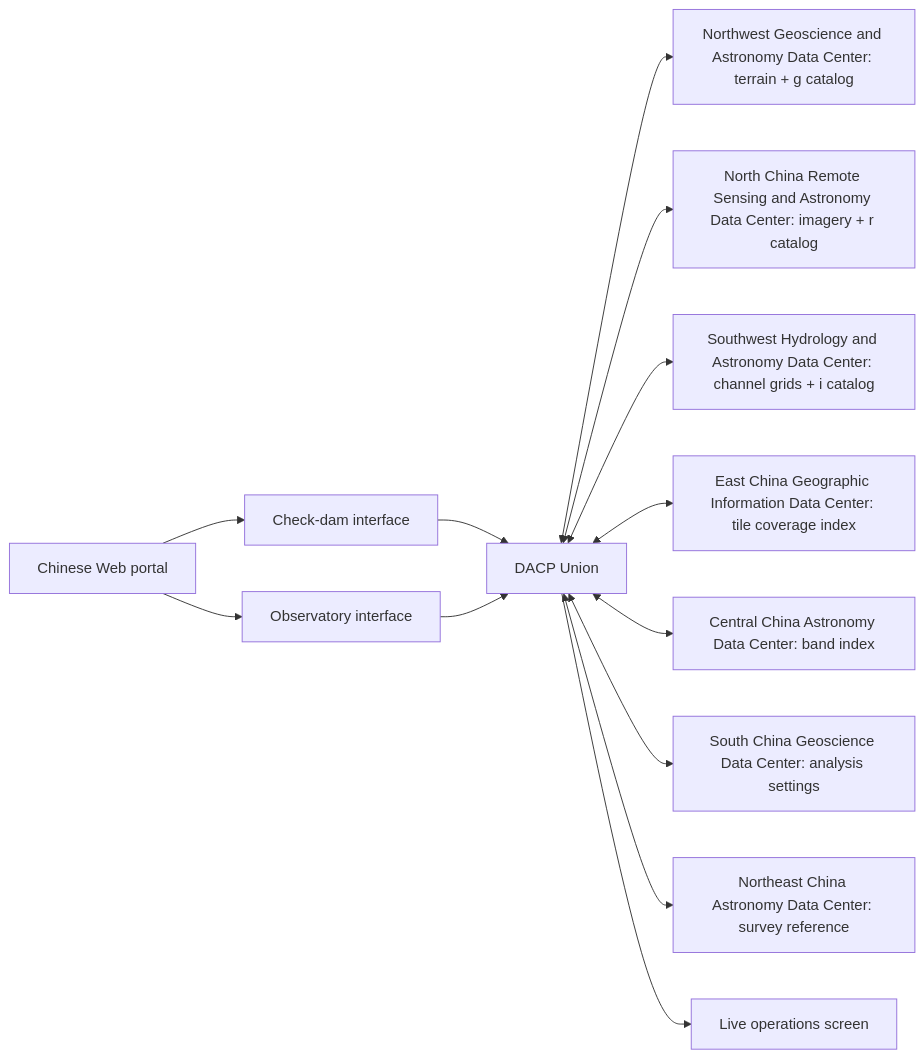
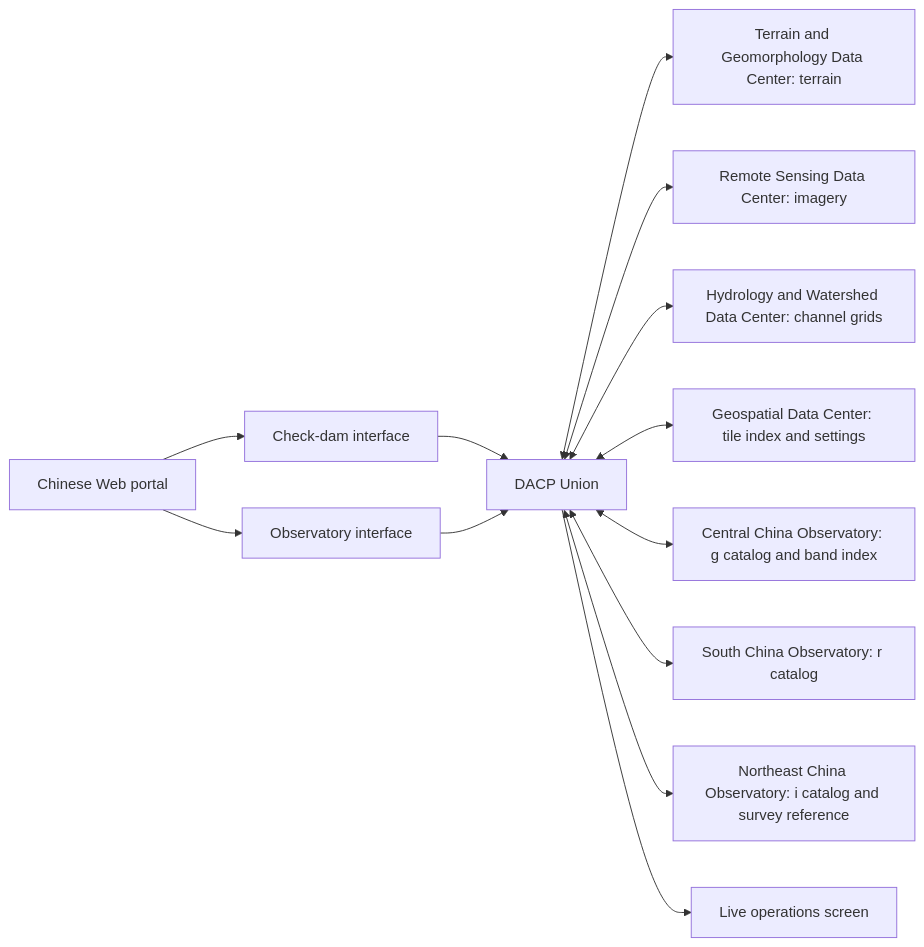
Before and after one commit to rdcn-link/conet: the diagram in README.md, drawn with Mermaid. The commit also changed 17 other files, not shown here.

````diff
--- a/README.md
+++ b/README.md
@@ -13,15 +13,15 @@
 ```mermaid
 flowchart LR
     Visitor[Chinese Web portal] --> Dam[Check-dam interface]
     Visitor --> Astro[Observatory interface]
     Dam --> U[DACP Union]
     Astro --> U
-    U <--> A[Northwest Geoscience and Astronomy Data Center: terrain + g catalog]
-    U <--> B[North China Remote Sensing and Astronomy Data Center: imagery + r catalog]
-    U <--> C[Southwest Hydrology and Astronomy Data Center: channel grids + i catalog]
-    U <--> D[East China Geographic Information Data Center: tile coverage index]
-    U <--> E[Central China Astronomy Data Center: band index]
-    U <--> F[South China Geoscience Data Center: analysis settings]
-    U <--> G[Northeast China Astronomy Data Center: survey reference]
+    U <--> A[Terrain and Geomorphology Data Center: terrain]
+    U <--> B[Remote Sensing Data Center: imagery]
+    U <--> C[Hydrology and Watershed Data Center: channel grids]
+    U <--> D[Geospatial Data Center: tile index and settings]
+    U <--> E[Central China Observatory: g catalog and band index]
+    U <--> F[South China Observatory: r catalog]
+    U <--> G[Northeast China Observatory: i catalog and survey reference]
     U --> Screen[Live operations screen]
 ```
````
